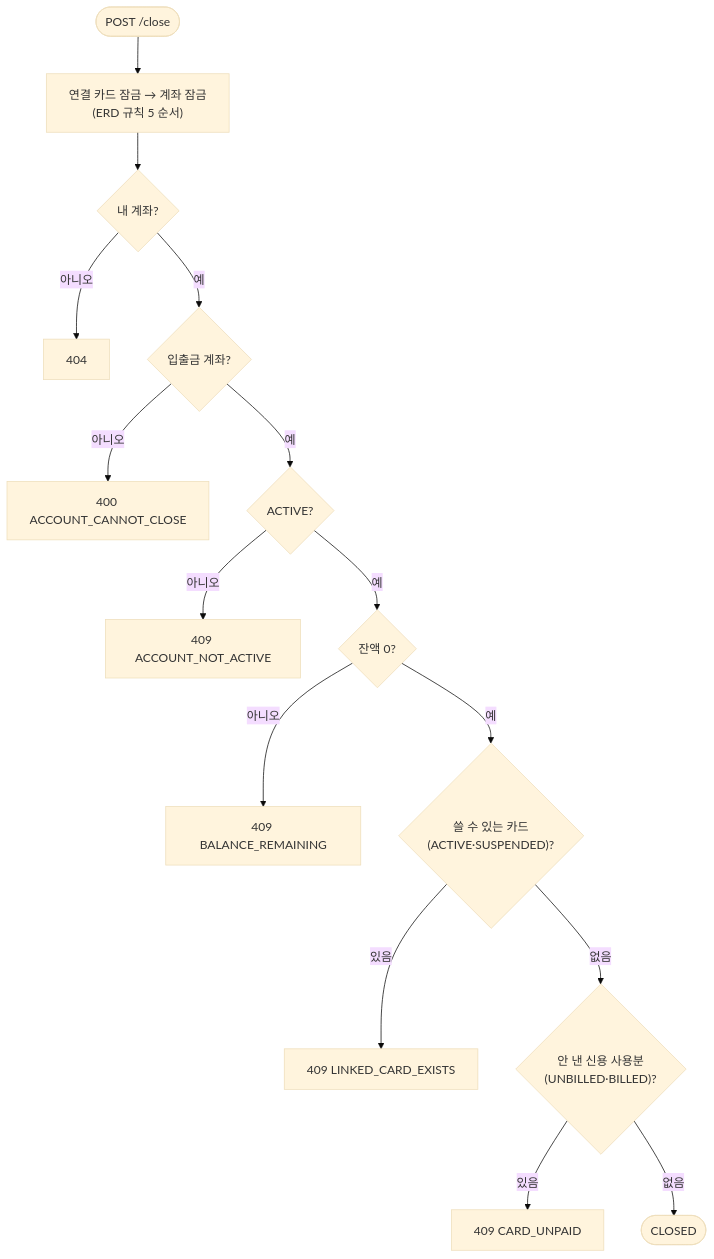
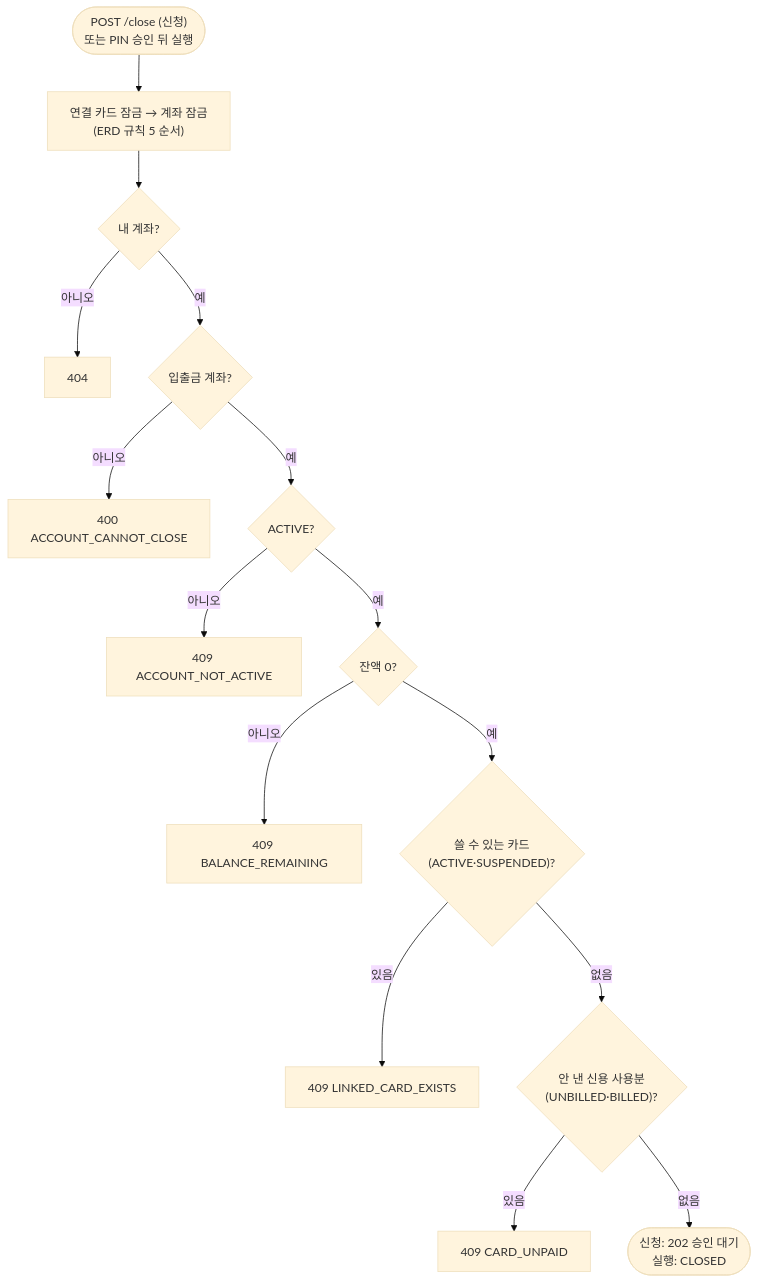
The diagram in docs/guides/09-account-close.md (noviz-domino/avengers-bank-noviz), drawn with Mermaid (base theme) before and after one commit. The commit also changed other lines of this file and 30 other files, not shown here.

````diff
--- a/docs/guides/09-account-close.md
+++ b/docs/guides/09-account-close.md
@@ -18,17 +21,17 @@
 ```mermaid
 flowchart TD
-    A([POST /close]) --> L["연결 카드 잠금 → 계좌 잠금<br/>(ERD 규칙 5 순서)"]
+    A(["POST /close (신청)<br/>또는 PIN 승인 뒤 실행"]) --> L["연결 카드 잠금 → 계좌 잠금<br/>(ERD 규칙 5 순서)"]
     L --> O{내 계좌?}
     O -- 아니오 --> OF[404]
     O -- 예 --> T{입출금 계좌?}
     T -- 아니오 --> TF[400 ACCOUNT_CANNOT_CLOSE]
     T -- 예 --> S{ACTIVE?}
     S -- 아니오 --> SF[409 ACCOUNT_NOT_ACTIVE]
     S -- 예 --> B{잔액 0?}
     B -- 아니오 --> BF[409 BALANCE_REMAINING]
     B -- 예 --> C{"쓸 수 있는 카드<br/>(ACTIVE·SUSPENDED)?"}
     C -- 있음 --> CF[409 LINKED_CARD_EXISTS]
     C -- 없음 --> U{"안 낸 신용 사용분<br/>(UNBILLED·BILLED)?"}
     U -- 있음 --> UF[409 CARD_UNPAID]
-    U -- 없음 --> OK([CLOSED])
+    U -- 없음 --> OK(["신청: 202 승인 대기<br/>실행: CLOSED"])
 ```
````
